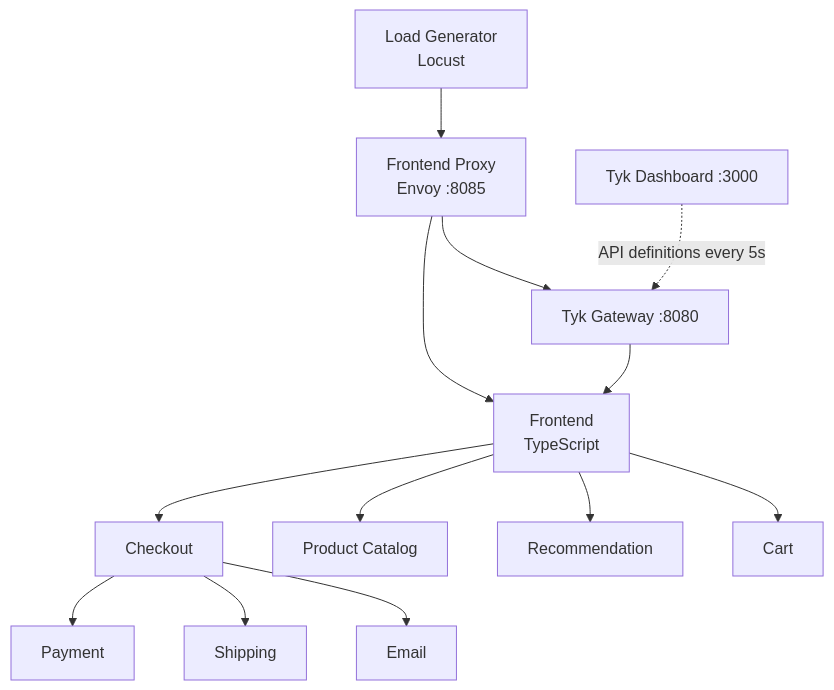
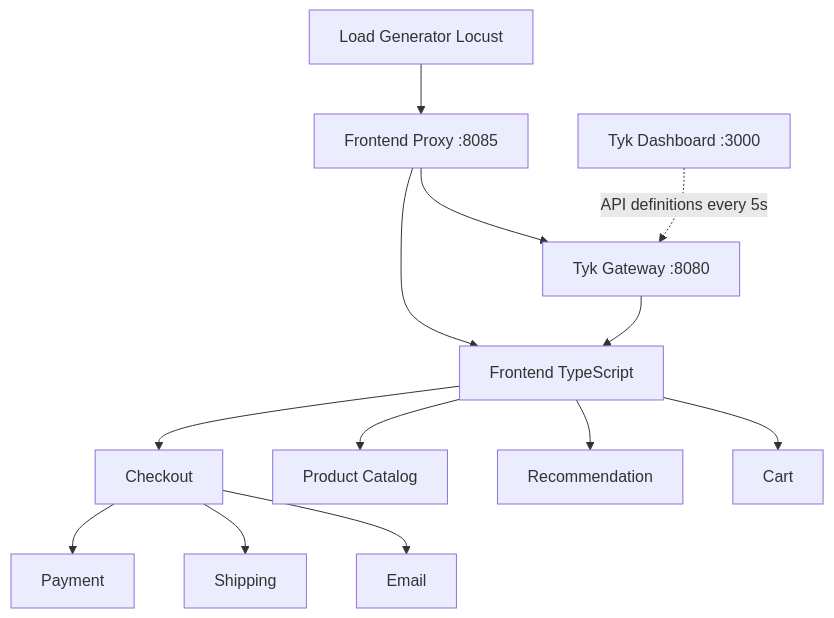
The first of 2 diagrams in api-management/opentelemetry-demo.mdx (TykTechnologies/tyk-docs), drawn with Mermaid before and after one commit. The commit also changed other lines of this file, not shown here.

````diff
--- a/api-management/opentelemetry-demo.mdx
+++ b/api-management/opentelemetry-demo.mdx
@@ -58,15 +60,15 @@
 ```mermaid
 flowchart TD
-    LG[Load Generator\nLocust] --> FP
-    FP[Frontend Proxy\nEnvoy :8085] --> TGW
-    FP --> FE[Frontend\nTypeScript]
+    LG[Load Generator Locust] --> FP
+    FP[Frontend Proxy :8085] --> TGW
+    FP --> FE[Frontend TypeScript]
     TGW[Tyk Gateway :8080] --> FE
     FE --> CS[Checkout]
     FE --> PC[Product Catalog]
     FE --> REC[Recommendation]
     FE --> CART[Cart]
     CS --> PAY[Payment]
     CS --> SHIP[Shipping]
     CS --> EMAIL[Email]
     TD[Tyk Dashboard :3000] -.->|API definitions every 5s| TGW
 ```
````
